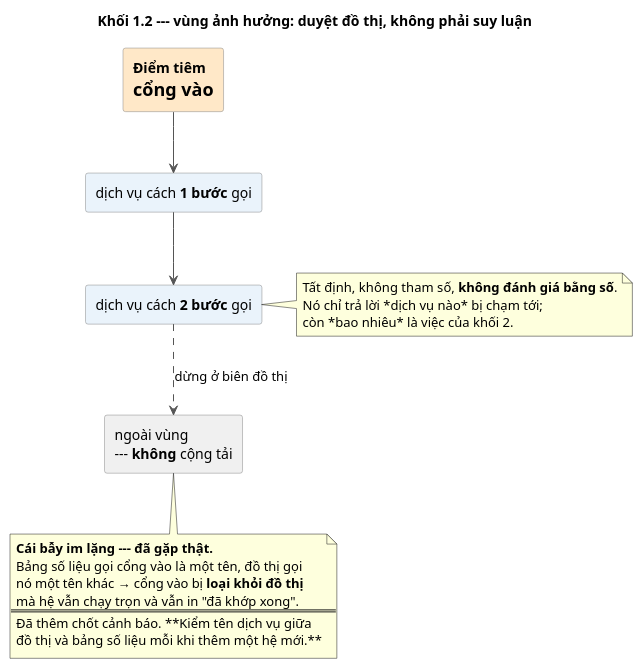
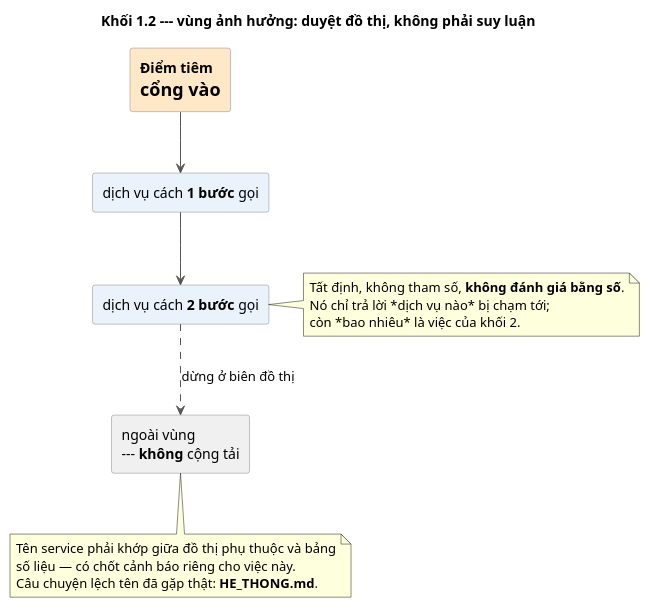
Before and after one commit to kkyaha/NCKH: the diagram in papers/p1_du_phong/docs/figures/puml/12_vung_anh_huong.puml, drawn with PlantUML. The commit also changed 25 other files, not shown here.

Commit message:
feat: add chain validation for SCM and update evaluation docs and diagrams

```diff
--- a/papers/p1_du_phong/docs/figures/puml/12_vung_anh_huong.puml
+++ b/papers/p1_du_phong/docs/figures/puml/12_vung_anh_huong.puml
@@ -1,35 +1,31 @@
 @startuml
 ' MOTA: Khối 1.2 — vùng ảnh hưởng là phép duyệt đồ thị, và cái bẫy im lặng của nó
 skinparam defaultFontName Helvetica
 skinparam shadowing false
 skinparam ArrowColor #555555
 skinparam rectangle {
   BorderColor #888888
 }
 title Khối 1.2 --- vùng ảnh hưởng: **duyệt đồ thị**, không phải suy luận
 
 rectangle "**Điểm tiêm**\n= cổng vào" as G #FFE8C8
 rectangle "dịch vụ cách **1 bước** gọi" as H1 #EAF3FB
 rectangle "dịch vụ cách **2 bước** gọi" as H2 #EAF3FB
 rectangle "ngoài vùng\n--- **không** cộng tải" as OUT #F0F0F0
 
 G --> H1
 H1 --> H2
 H2 ..> OUT : dừng ở biên đồ thị
 
 note right of H2
   Tất định, không tham số, **không đánh giá bằng số**.
   Nó chỉ trả lời *dịch vụ nào* bị chạm tới;
   còn *bao nhiêu* là việc của khối 2.
 end note
 
 note bottom of OUT
-  **Cái bẫy im lặng --- đã gặp thật.**
-  Bảng số liệu gọi cổng vào là một tên, đồ thị gọi
-  nó một tên khác → cổng vào bị **loại khỏi đồ thị**
-  mà hệ vẫn chạy trọn và vẫn in "đã khớp xong".
-  ====
-  Đã thêm chốt cảnh báo. **Kiểm tên dịch vụ giữa
-  đồ thị và bảng số liệu mỗi khi thêm một hệ mới.**
+  Tên service phải khớp giữa đồ thị phụ thuộc và bảng
+  số liệu — có chốt cảnh báo riêng cho việc này.
+  Câu chuyện lệch tên đã gặp thật: **HE_THONG.md**.
 end note
 @enduml
```
